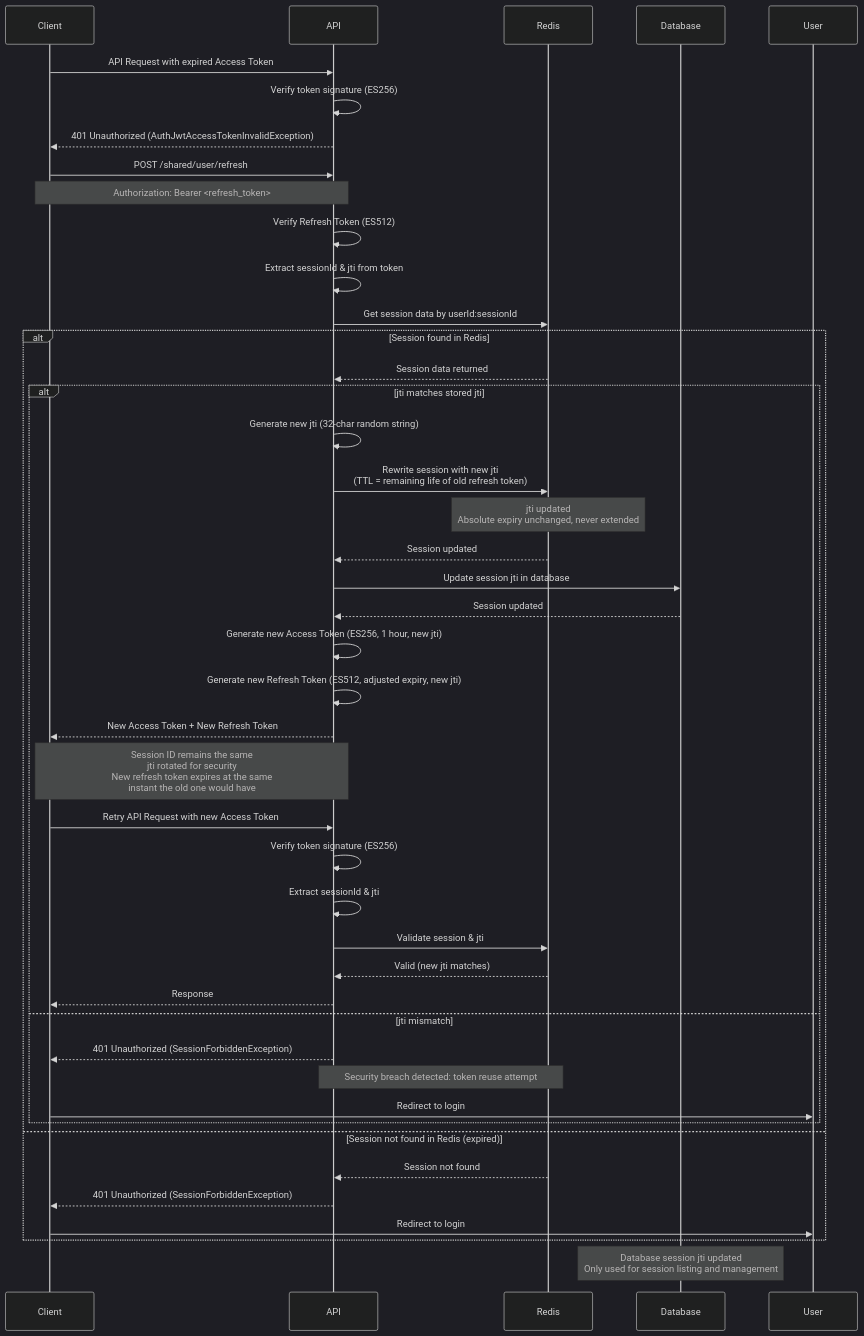
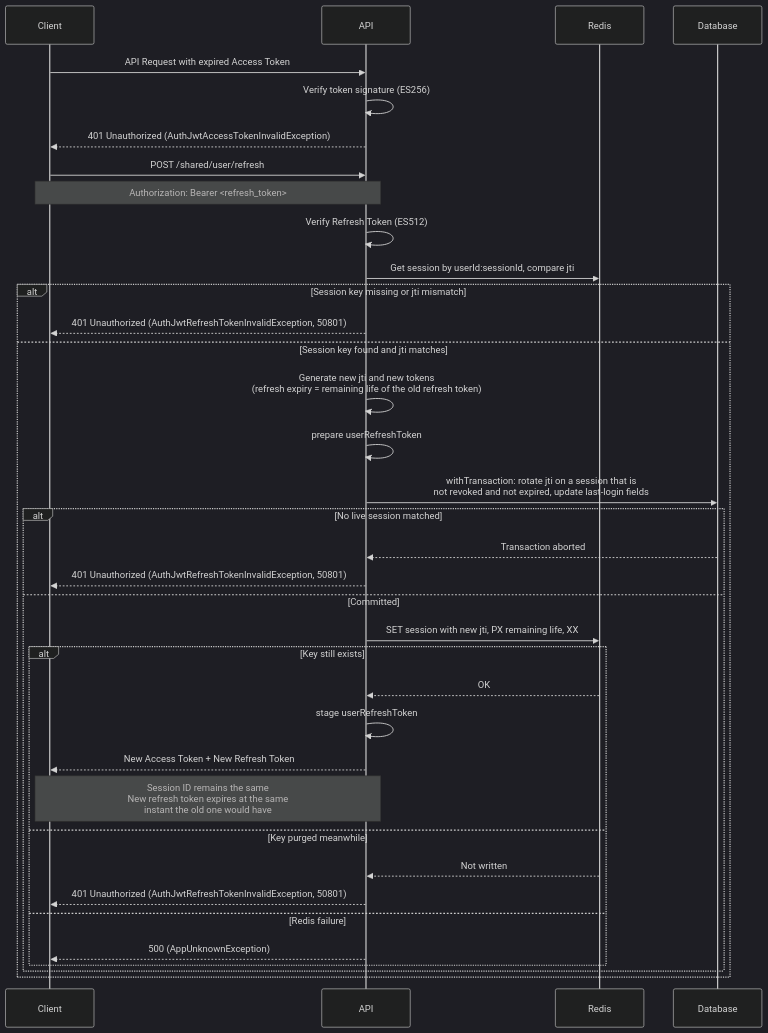
Before and after one commit to andrechristikan/ack-nestjs-boilerplate: the fourth of 10 diagrams in docs/authentication.md, drawn with Mermaid (dark theme). The commit also changed other lines of this file and 141 other files, not shown here.

````diff
--- a/docs/authentication.md
+++ b/docs/authentication.md
@@ -294,59 +322,41 @@
 ```mermaid
 sequenceDiagram
     participant Client
     participant API
     participant Redis
     participant Database
 
     Client->>API: API Request with expired Access Token
     API->>API: Verify token signature (ES256)
     API-->>Client: 401 Unauthorized (AuthJwtAccessTokenInvalidException)
-    
+
     Client->>API: POST /shared/user/refresh
     Note over Client,API: Authorization: Bearer <refresh_token>
-    
+
     API->>API: Verify Refresh Token (ES512)
-    API->>API: Extract sessionId & jti from token
-    
-    API->>Redis: Get session data by userId:sessionId
-    
-    alt Session found in Redis
-        Redis-->>API: Session data returned
-        
-        alt jti matches stored jti
-            API->>API: Generate new jti (32-char random string)
-            
-            API->>Redis: Rewrite session with new jti<br/>(TTL = remaining life of old refresh token)
-            Note over Redis: jti updated<br/>Absolute expiry unchanged, never extended
-            Redis-->>API: Session updated
-            
-            API->>Database: Update session jti in database
-            Database-->>API: Session updated
-            
-            API->>API: Generate new Access Token (ES256, 1 hour, new jti)
-            API->>API: Generate new Refresh Token (ES512, adjusted expiry, new jti)
-            
-            API-->>Client: New Access Token + New Refresh Token
-            Note over Client,API: Session ID remains the same<br/>jti rotated for security<br/>New refresh token expires at the same<br/>instant the old one would have
-            
-            Client->>API: Retry API Request with new Access Token
-            API->>API: Verify token signature (ES256)
-            API->>API: Extract sessionId & jti
-            API->>Redis: Validate session & jti
-            Redis-->>API: Valid (new jti matches)
-            API-->>Client: Response
-            
-        else jti mismatch
-            API-->>Client: 401 Unauthorized (SessionForbiddenException)
-            Note over API,Redis: Security breach detected: token reuse attempt
-            Client->>User: Redirect to login
+    API->>Redis: Get session by userId:sessionId, compare jti
+    alt Session key missing or jti mismatch
+        API-->>Client: 401 Unauthorized (AuthJwtRefreshTokenInvalidException, 50801)
+    else Session key found and jti matches
+        API->>API: Generate new jti and new tokens<br/>(refresh expiry = remaining life of the old refresh token)
+        API->>API: prepare userRefreshToken
+        API->>Database: withTransaction: rotate jti on a session that is<br/>not revoked and not expired, update last-login fields
+        alt No live session matched
+            Database-->>API: Transaction aborted
+            API-->>Client: 401 Unauthorized (AuthJwtRefreshTokenInvalidException, 50801)
+        else Committed
+            API->>Redis: SET session with new jti, PX remaining life, XX
+            alt Key still exists
+                Redis-->>API: OK
+                API->>API: stage userRefreshToken
+                API-->>Client: New Access Token + New Refresh Token
+                Note over Client,API: Session ID remains the same<br/>New refresh token expires at the same<br/>instant the old one would have
+            else Key purged meanwhile
+                Redis-->>API: Not written
+                API-->>Client: 401 Unauthorized (AuthJwtRefreshTokenInvalidException, 50801)
+            else Redis failure
+                API-->>Client: 500 (AppUnknownException)
+            end
         end
-        
-    else Session not found in Redis (expired)
-        Redis-->>API: Session not found
-        API-->>Client: 401 Unauthorized (SessionForbiddenException)
-        Client->>User: Redirect to login
     end
-    
-    Note over Database: Database session jti updated<br/>Only used for session listing and management
 ```
````
